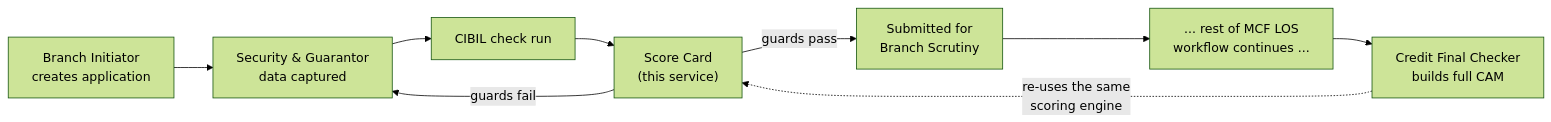
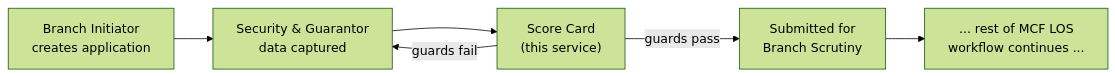
One commit to NYXABRAXAS/scorecard changed the first of 4 diagrams in DOCUMENTATION.md. Above: the diagram before and after it, drawn with Mermaid (forest theme). The commit also changed other lines of this file and 19 other files, not shown here.

````diff
--- a/DOCUMENTATION.md
+++ b/DOCUMENTATION.md
@@ -65,11 +113,8 @@
 ```mermaid
 flowchart LR
   A[Branch Initiator\ncreates application] --> B[Security & Guarantor\ndata captured]
-  B --> C[CIBIL check run]
-  C --> D["Score Card\n(this service)"]
-  D -->|guards pass| E[Submitted for\nBranch Scrutiny]
-  D -->|guards fail| B
+  B --> C["Score Card\n(this service)"]
+  C -->|guards pass| E[Submitted for\nBranch Scrutiny]
+  C -->|guards fail| B
   E --> F[... rest of MCF LOS\nworkflow continues ...]
-  F --> G[Credit Final Checker\nbuilds full CAM]
-  G -.->|re-uses the same\nscoring engine| D
 ```
````
